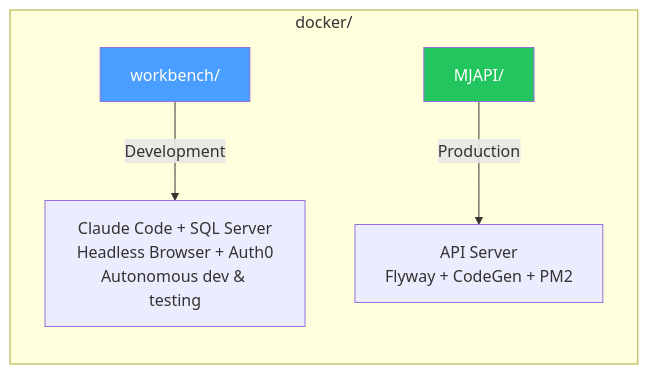
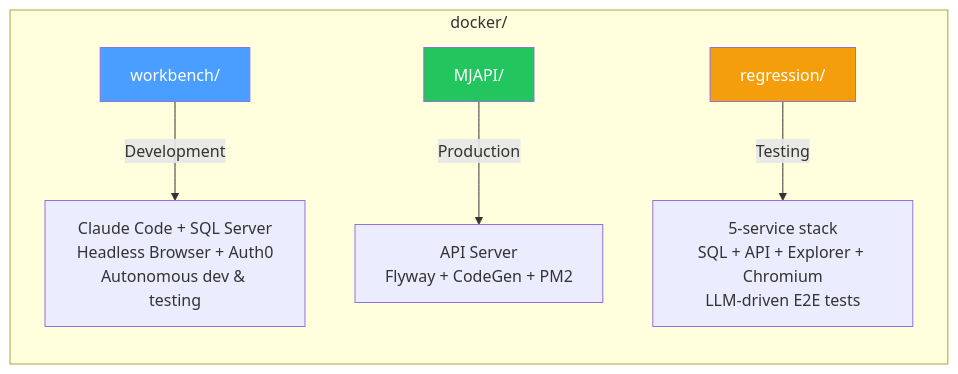
The diagram in docker/README.md (MemberJunction/MJ), drawn with Mermaid before and after one commit. The commit also changed other lines of this file and 52 other files, not shown here.

First line of the commit message:
Add full-stack Docker regression testing infrastructure for MJ Explorer

````diff
--- a/docker/README.md
+++ b/docker/README.md
@@ -5,10 +5,12 @@
 ```mermaid
 graph LR
     subgraph "docker/"
         A["workbench/"] -->|Development| B["Claude Code + SQL Server<br/>Headless Browser + Auth0<br/>Autonomous dev & testing"]
         C["MJAPI/"] -->|Production| D["API Server<br/>Flyway + CodeGen + PM2"]
+        E["regression/"] -->|Testing| F["5-service stack<br/>SQL + API + Explorer + Chromium<br/>LLM-driven E2E tests"]
     end
 
     style A fill:#4a9eff,color:#fff
     style C fill:#22c55e,color:#fff
+    style E fill:#f59e0b,color:#fff
 ```
````
